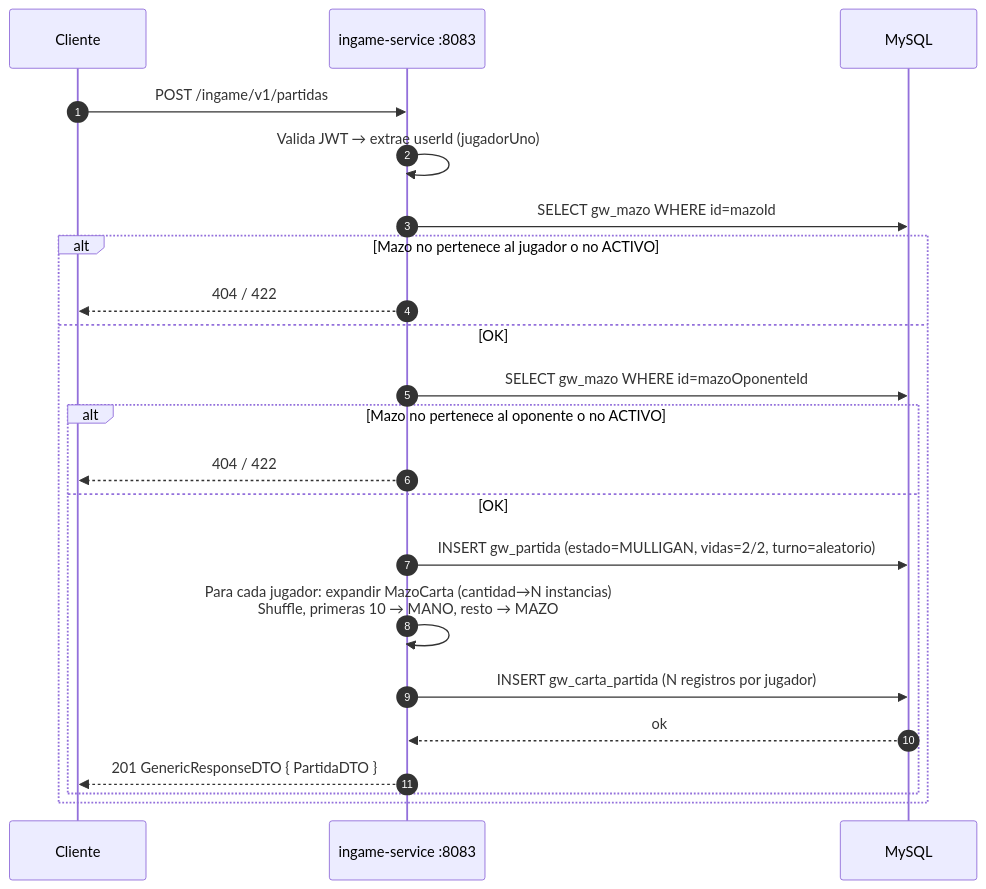
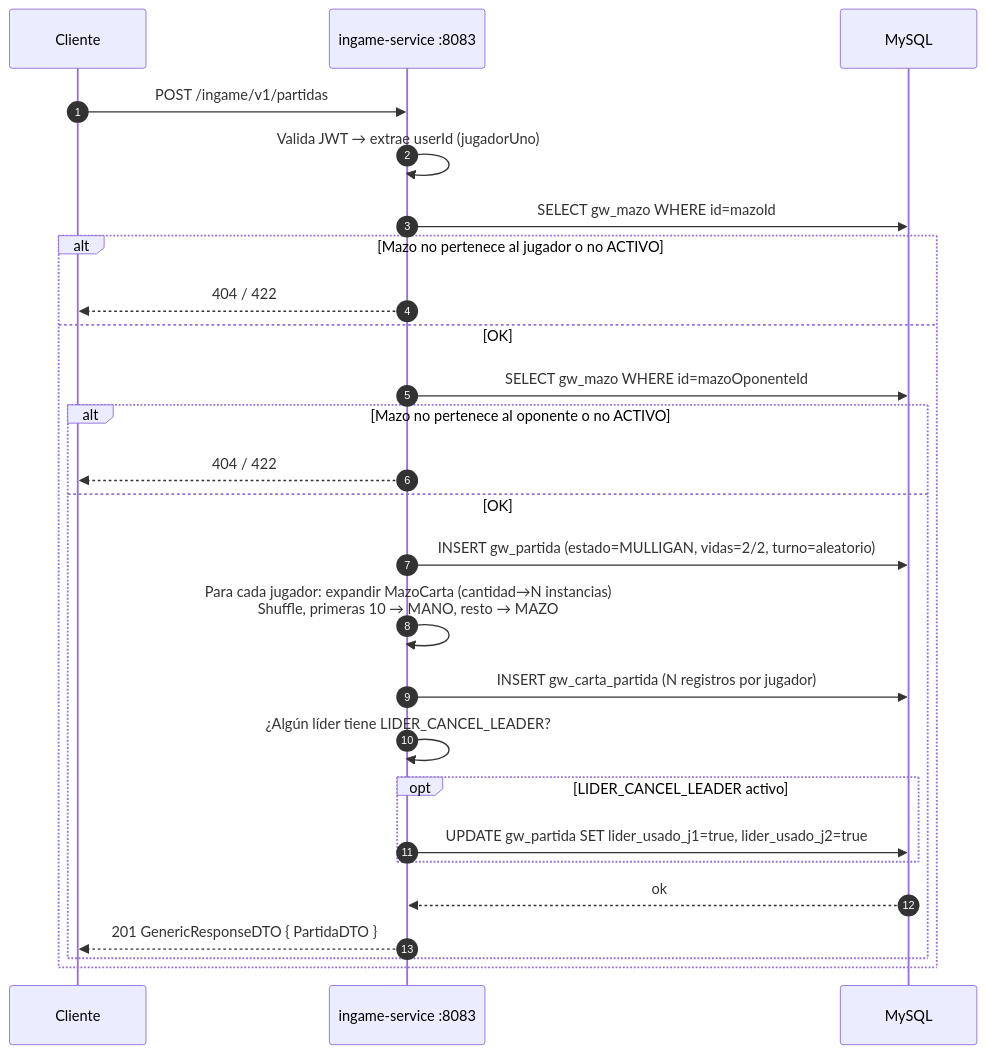
Before and after one commit to arimarquez04/gwent-app: diagram 12 of 20 in diagram.md, drawn with Mermaid. The commit also changed other lines of this file and 36 other files, not shown here.

````diff
--- a/diagram.md
+++ b/diagram.md
@@ -443,26 +443,30 @@
 ```mermaid
 sequenceDiagram
     autonumber
     participant C as Cliente
     participant IS as ingame-service :8083
     participant DB as MySQL
 
     C->>IS: POST /ingame/v1/partidas
     IS->>IS: Valida JWT → extrae userId (jugadorUno)
 
     IS->>DB: SELECT gw_mazo WHERE id=mazoId
     alt Mazo no pertenece al jugador o no ACTIVO
         IS-->>C: 404 / 422
     else OK
         IS->>DB: SELECT gw_mazo WHERE id=mazoOponenteId
         alt Mazo no pertenece al oponente o no ACTIVO
             IS-->>C: 404 / 422
         else OK
             IS->>DB: INSERT gw_partida (estado=MULLIGAN, vidas=2/2, turno=aleatorio)
             IS->>IS: Para cada jugador: expandir MazoCarta (cantidad→N instancias)<br/>Shuffle, primeras 10 → MANO, resto → MAZO
             IS->>DB: INSERT gw_carta_partida (N registros por jugador)
+            IS->>IS: ¿Algún líder tiene LIDER_CANCEL_LEADER?
+            opt LIDER_CANCEL_LEADER activo
+                IS->>DB: UPDATE gw_partida SET lider_usado_j1=true, lider_usado_j2=true
+            end
             DB-->>IS: ok
             IS-->>C: 201 GenericResponseDTO { PartidaDTO }
         end
     end
 ```
````
